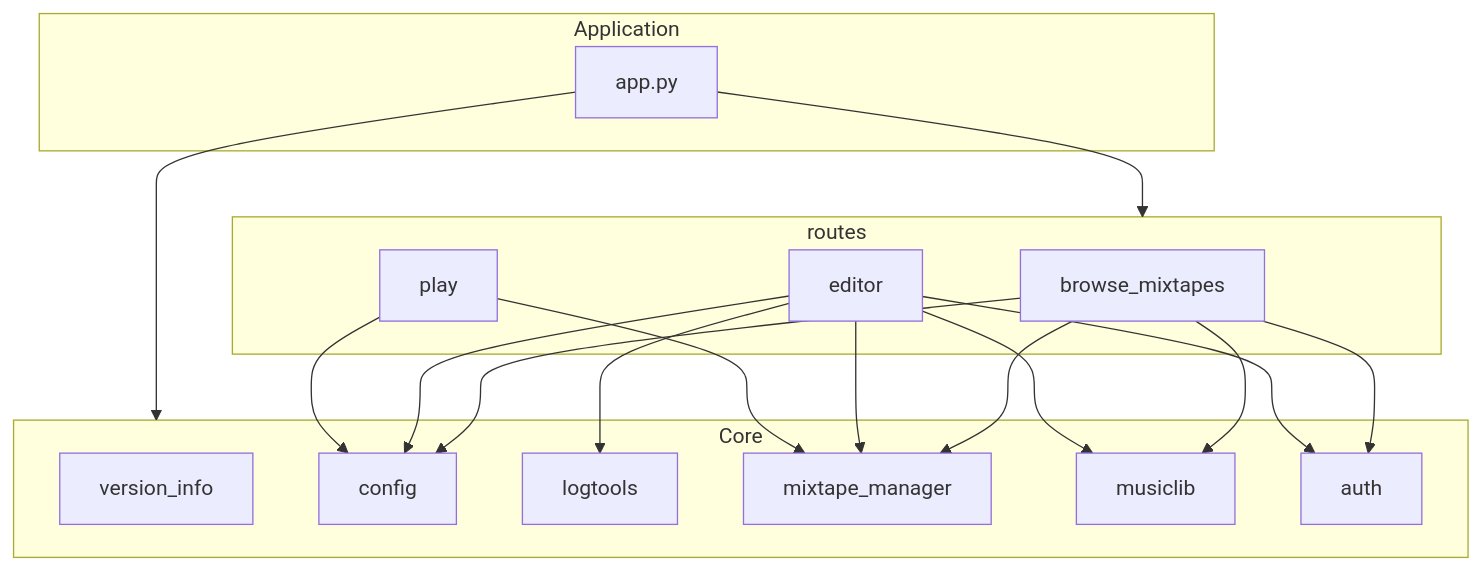
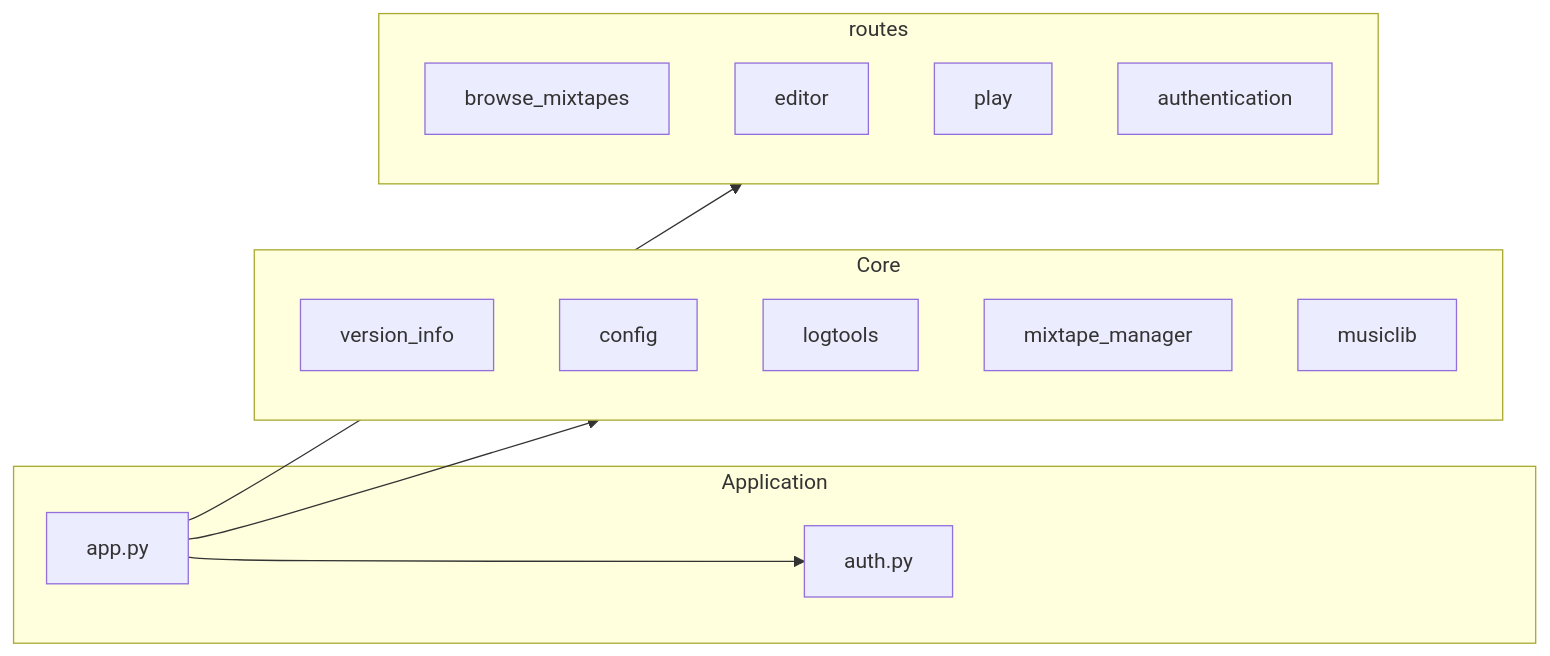
Before and after one commit to mark-me/mixtape-society: the diagram in docs/development/project_modules.md, drawn with Mermaid. The commit also changed other lines of this file and 14 other files, not shown here.

````diff
--- a/docs/development/project_modules.md
+++ b/docs/development/project_modules.md
@@ -43,38 +43,27 @@
 ```mermaid
-graph TD
+graph LR
     subgraph Application
         app.py
+        auth.py
     end
 
     subgraph Core
         version_info
         config
         logtools
         mixtape_manager
         musiclib
-        auth
     end
 
     subgraph routes
         browse_mixtapes
         editor
         play
+        authentication
     end
 
+    app.py --> routes
+    app.py --> auth.py
     app.py --> Core
-    app.py --> routes
 
-    browse_mixtapes --> mixtape_manager
-    browse_mixtapes --> config
-    browse_mixtapes --> musiclib
-    browse_mixtapes --> auth
-
-    editor --> mixtape_manager
-    editor --> auth
-    editor --> config
-    editor --> logtools
-    editor --> musiclib
-
-    play --> mixtape_manager
-    play --> config
 ```
````
